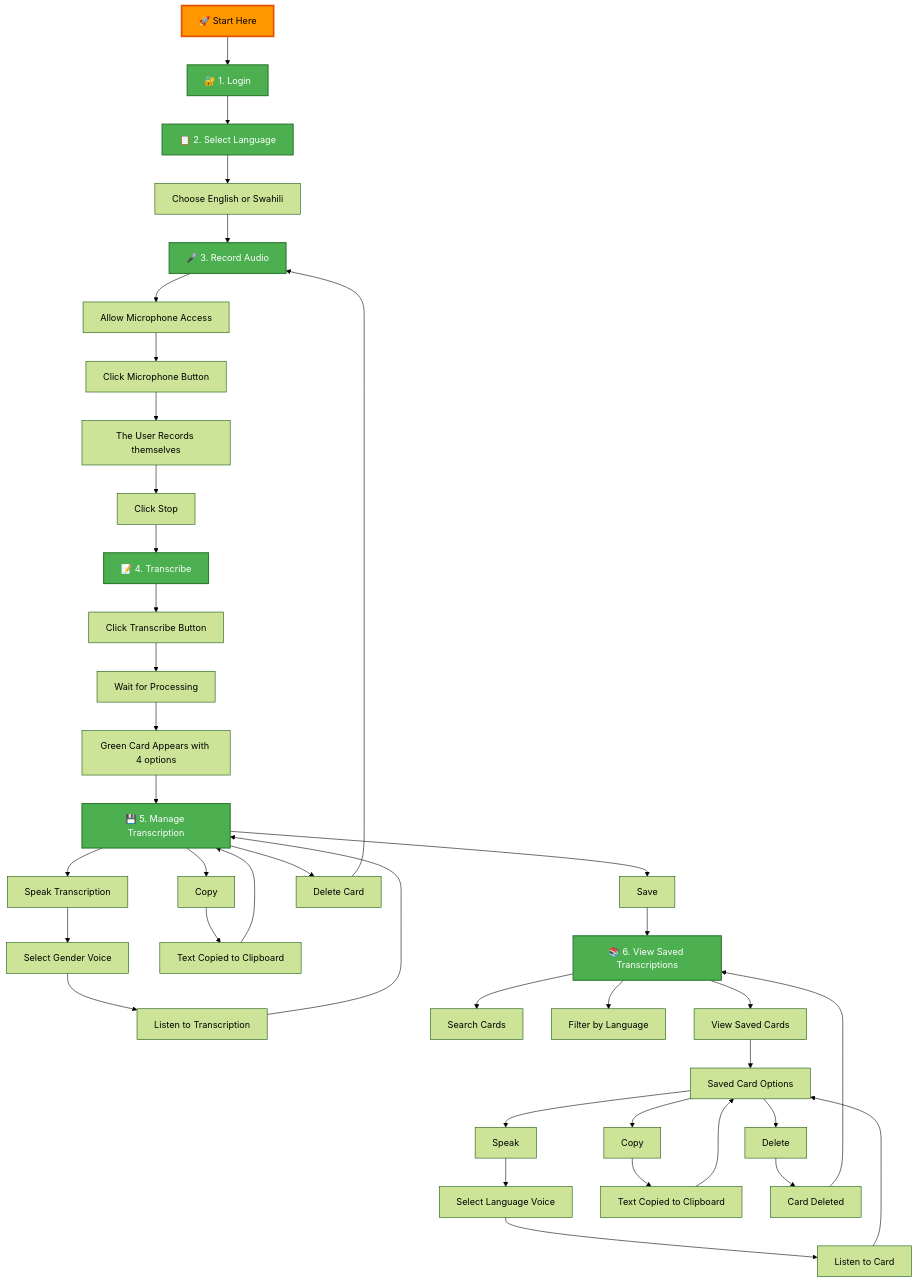
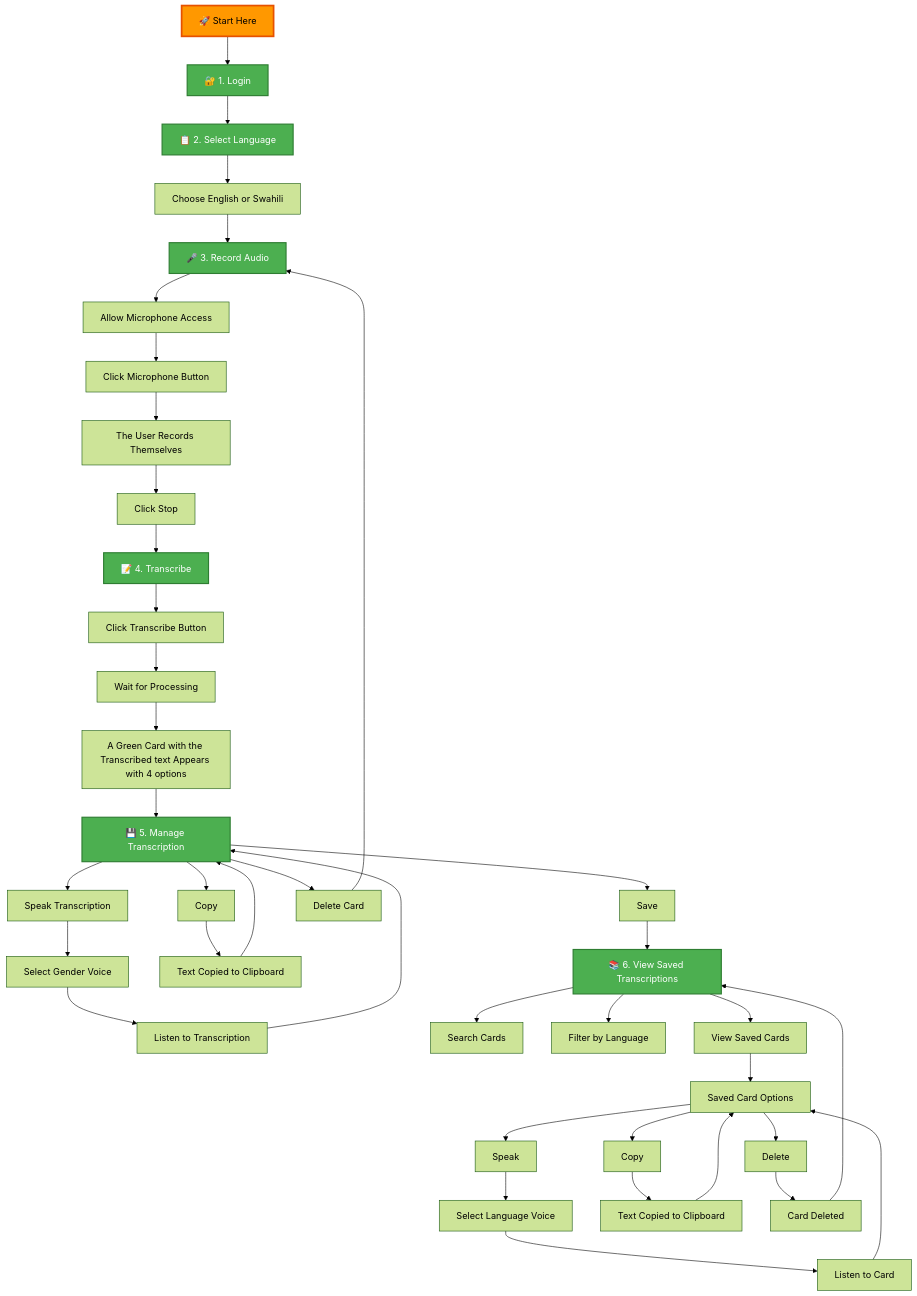
The diagram in README.md (LexMainye/Kasuku-Transcriber), drawn with Mermaid (forest theme) before and after one commit.

Commit message:
Updated read me to specify which type of card appears after transcribing

````diff
--- a/README.md
+++ b/README.md
@@ -28,64 +28,64 @@
 ```mermaid
 flowchart TD
    A[🚀 Start Here] --> B[🔐 1. Login]
    
    B --> C[📋 2. Select Language]
    C --> C1[Choose English or Swahili]
 
    C1 --> D[🎤 3. Record Audio]
    D --> D1[Allow Microphone Access]
    D1 --> D2[Click Microphone Button]
-   D2 --> D3[The User Records themselves]
+   D2 --> D3[The User Records Themselves]
    D3 --> D4[Click Stop]
 
    D4 --> E[📝 4. Transcribe]
    E --> E1[Click Transcribe Button]
    E1 --> E2[Wait for Processing]
-   E2 --> E3[Green Card Appears with 4 options]
+   E2 --> E3[A Green Card with the Transcribed text Appears with 4 options]
 
    E3 --> F[💾 5. Manage Transcription]
 
    F --> F1[Speak Transcription]
    F --> F2[Copy]
    F --> F3[Save]
    F --> F4[Delete Card]
 
    F1 --> F1a[Select Gender Voice]
    F1a --> F1b[Listen to Transcription]
    F1b --> F
 
    F2 --> F2a[Text Copied to Clipboard]
    F2a --> F
 
    F3 --> G[📚 6. View Saved Transcriptions]
 
    F4 --> D
 
    G --> G1[Search Cards]
    G --> G2[Filter by Language]
    G --> G3[View Saved Cards]
 
    G3 --> H[Saved Card Options]
 
    H --> H1[Speak]
    H --> H2[Copy]
    H --> H3[Delete]
 
    H1 --> H1a[Select Language Voice]
    H1a --> H1b[Listen to Card]
    H1b --> H
 
    H2 --> H2a[Text Copied to Clipboard]
    H2a --> H
 
    H3 --> H3a[Card Deleted]
    H3a --> G
 
    style A fill:#ff9800,color:#000,stroke:#e65100,stroke-width:3px
    style B fill:#4caf50,color:#fff,stroke:#2e7d32,stroke-width:2px
    style C fill:#4caf50,color:#fff,stroke:#2e7d32,stroke-width:2px
    style D fill:#4caf50,color:#fff,stroke:#2e7d32,stroke-width:2px
    style E fill:#4caf50,color:#fff,stroke:#2e7d32,stroke-width:2px
    style F fill:#4caf50,color:#fff,stroke:#2e7d32,stroke-width:2px
    style G fill:#4caf50,color:#fff,stroke:#2e7d32,stroke-width:2px
 ```
````
